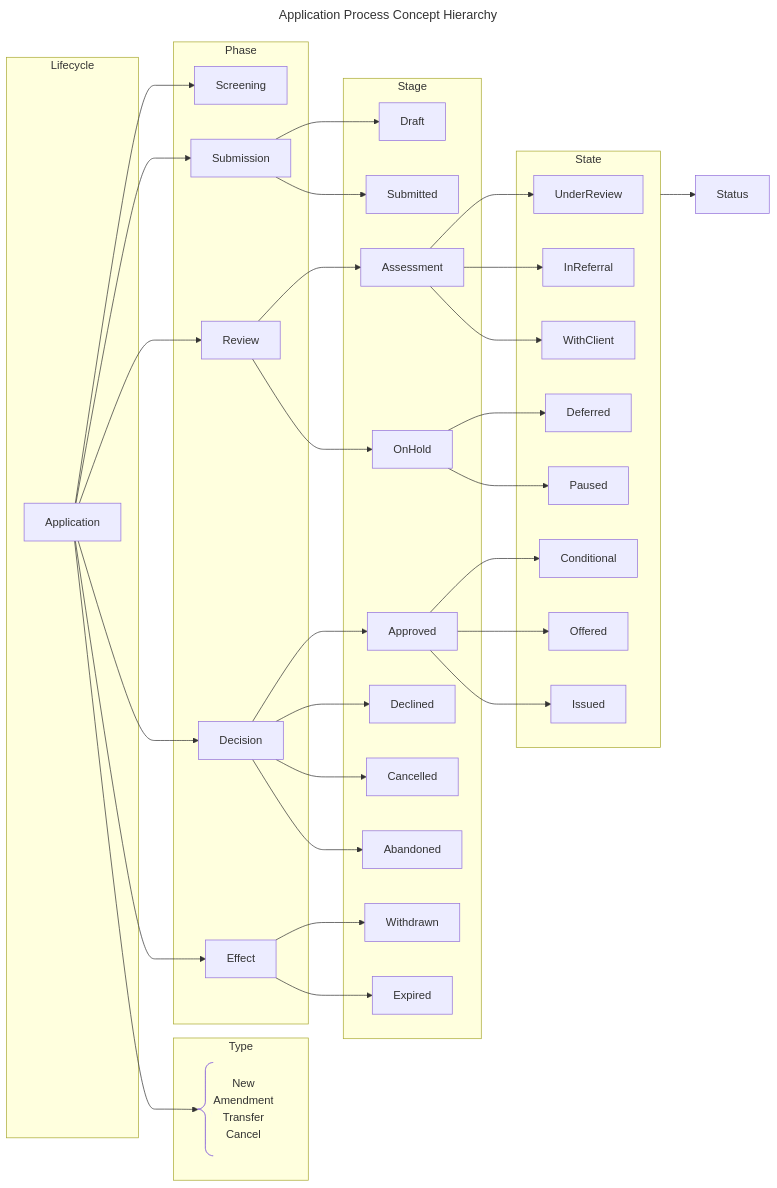
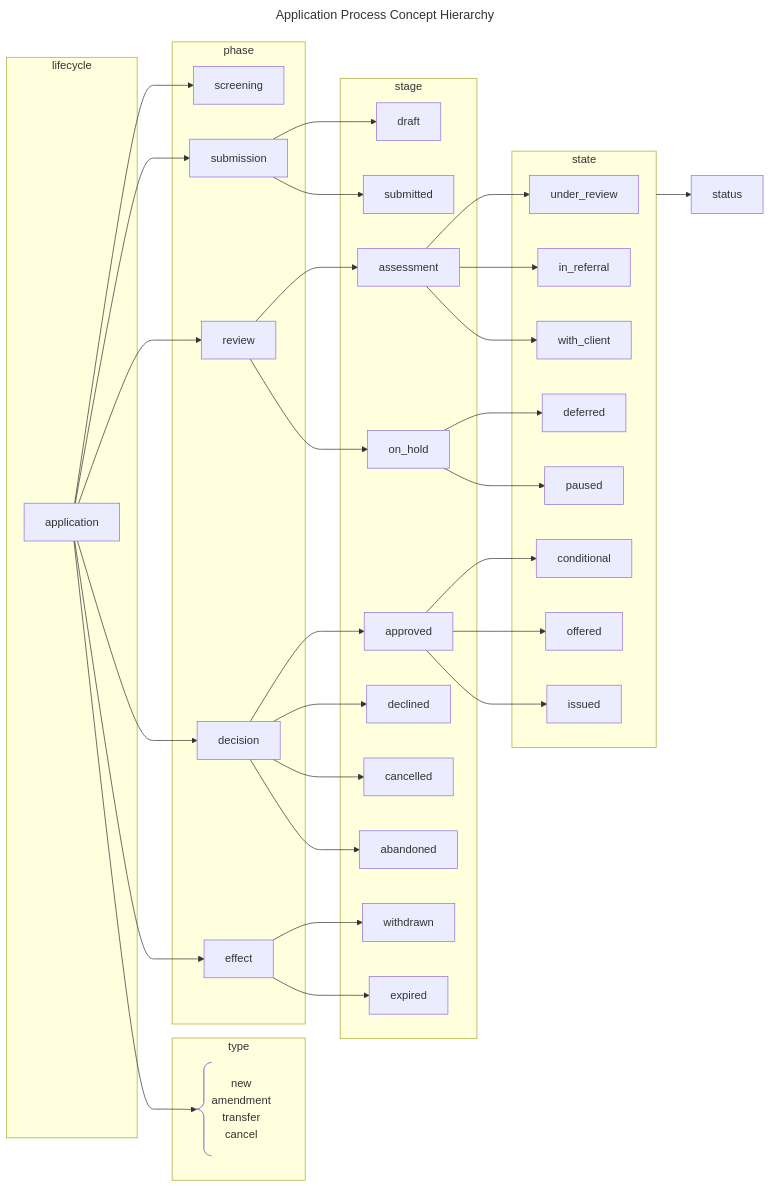
The first of 2 diagrams in docs/spec/concept/process_tracking.md (bcgov/nr-pies), drawn with Mermaid before and after one commit. The commit also changed other lines of this file and 4 other files, not shown here.

````diff
--- a/docs/spec/concept/process_tracking.md
+++ b/docs/spec/concept/process_tracking.md
@@ -21,79 +21,79 @@
 ```mermaid
 ---
 title: Application Process Concept Hierarchy
 ---
 flowchart LR
-  AppType@{ shape: comment, label: "New
-  Amendment
-  Transfer
-  Cancel" }
+  app_type@{ shape: comment, label: "new
+  amendment
+  transfer
+  cancel" }
 
-  Application --> Screening
-  Application --> Submission
-  Application --> Review
-  Application --> Decision
-  Application --> Effect
-  Application --> AppType
+  application --> screening
+  application --> submission
+  application --> review
+  application --> decision
+  application --> effect
+  application --> app_type
 
-  Submission --> Draft
-  Submission --> Submitted
-  Review --> Assessment
-  Review --> OnHold
-  Decision --> Approved
-  Decision --> Declined
-  Decision --> Cancelled
-  Decision --> Abandoned
-  Effect --> Withdrawn
-  Effect --> Expired
+  submission --> draft
+  submission --> submitted
+  review --> assessment
+  review --> on_hold
+  decision --> approved
+  decision --> declined
+  decision --> cancelled
+  decision --> abandoned
+  effect --> withdrawn
+  effect --> expired
 
-  Assessment --> UnderReview
-  Assessment --> InReferral
-  Assessment --> WithClient
-  OnHold --> Deferred
-  OnHold --> Paused
-  Approved --> Conditional
-  Approved --> Offered
-  Approved --> Issued
+  assessment --> under_review
+  assessment --> in_referral
+  assessment --> with_client
+  on_hold --> deferred
+  on_hold --> paused
+  approved --> conditional
+  approved --> offered
+  approved --> issued
 
-  State --> Status
+  state --> status
 
-  subgraph Lifecycle
-    Application
+  subgraph lifecycle
+    application
   end
 
-  subgraph Type
-    AppType
+  subgraph type
+    app_type
   end
 
-  subgraph Phase
-    Screening
-    Submission
-    Review
-    Decision
-    Effect
+  subgraph phase
+    screening
+    submission
+    review
+    decision
+    effect
   end
 
-  subgraph Stage
-    Draft
-    Submitted
-    Assessment
-    OnHold
-    Approved
-    Declined
-    Cancelled
-    Abandoned
-    Withdrawn
-    Expired
+  subgraph stage
+    draft
+    submitted
+    assessment
+    on_hold
+    approved
+    declined
+    cancelled
+    abandoned
+    withdrawn
+    expired
   end
 
-  subgraph State
-    UnderReview
-    InReferral
-    WithClient
-    Deferred
-    Paused
-    Conditional
-    Offered
-    Issued
+  subgraph state
+    under_review
+    in_referral
+    with_client
+    deferred
+    paused
+    conditional
+    offered
+    issued
   end
 ```
````
